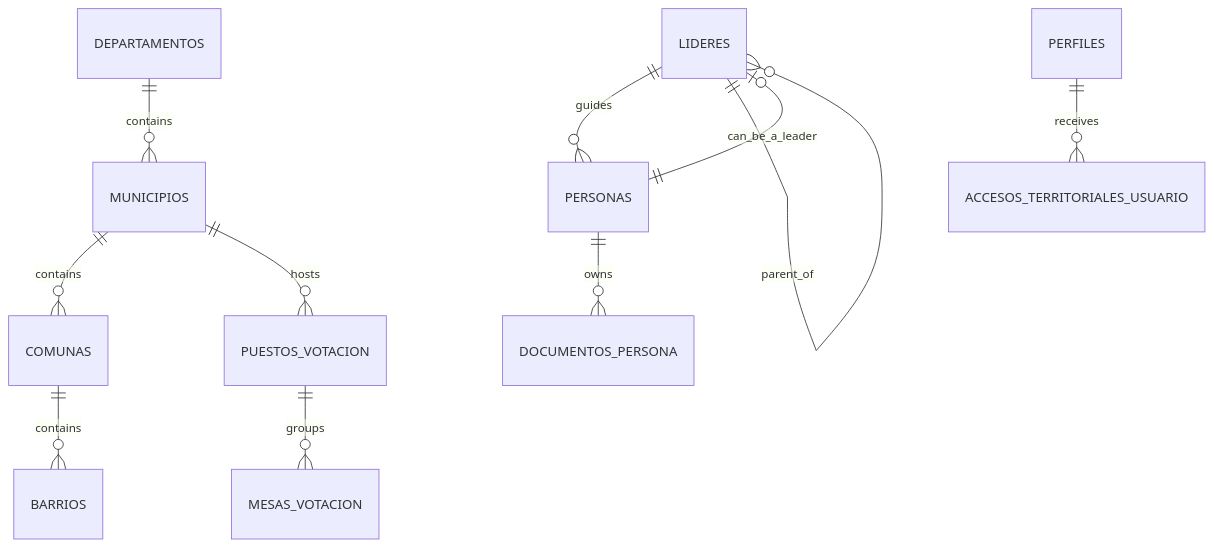
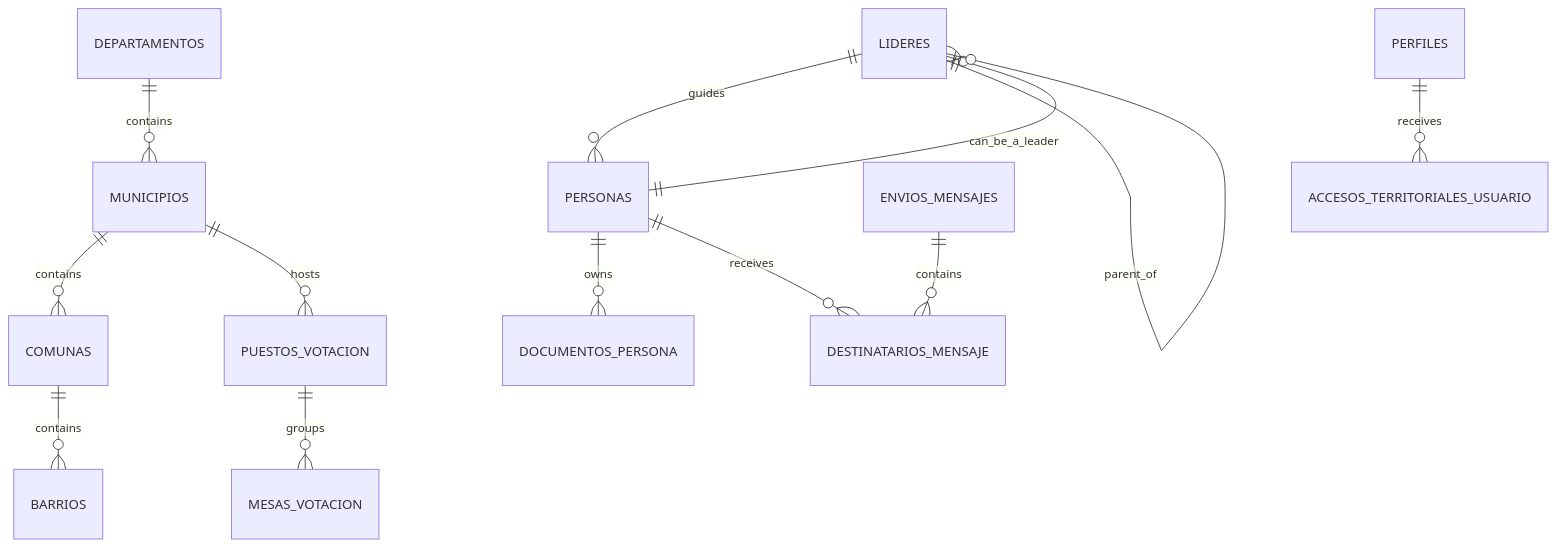
The diagram in docs/02-database.md (MarySuarezJ/DrJahir), drawn with Mermaid before and after one commit. The commit also changed other lines of this file and 16 other files, not shown here.

````diff
--- a/docs/02-database.md
+++ b/docs/02-database.md
@@ -86,13 +100,15 @@
 ```mermaid
 erDiagram
     DEPARTAMENTOS ||--o{ MUNICIPIOS : contains
     MUNICIPIOS ||--o{ COMUNAS : contains
     COMUNAS ||--o{ BARRIOS : contains
     MUNICIPIOS ||--o{ PUESTOS_VOTACION : hosts
     PUESTOS_VOTACION ||--o{ MESAS_VOTACION : groups
     LIDERES ||--o{ PERSONAS : guides
     PERSONAS ||--o{ DOCUMENTOS_PERSONA : owns
+    PERSONAS ||--o{ DESTINATARIOS_MENSAJE : receives
+    ENVIOS_MENSAJES ||--o{ DESTINATARIOS_MENSAJE : contains
     PERFILES ||--o{ ACCESOS_TERRITORIALES_USUARIO : receives
     PERSONAS ||--o| LIDERES : can_be_a_leader
     LIDERES ||--o{ LIDERES : parent_of
 ```
````
